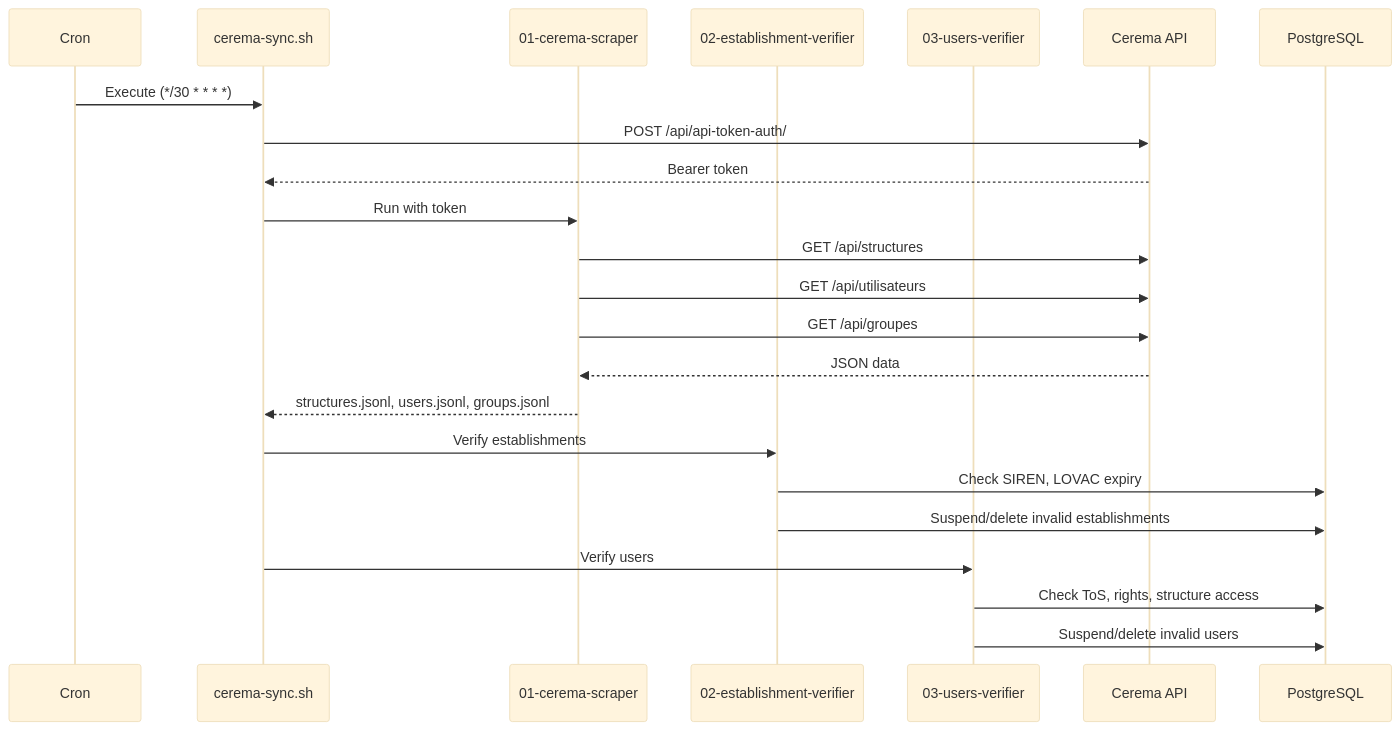
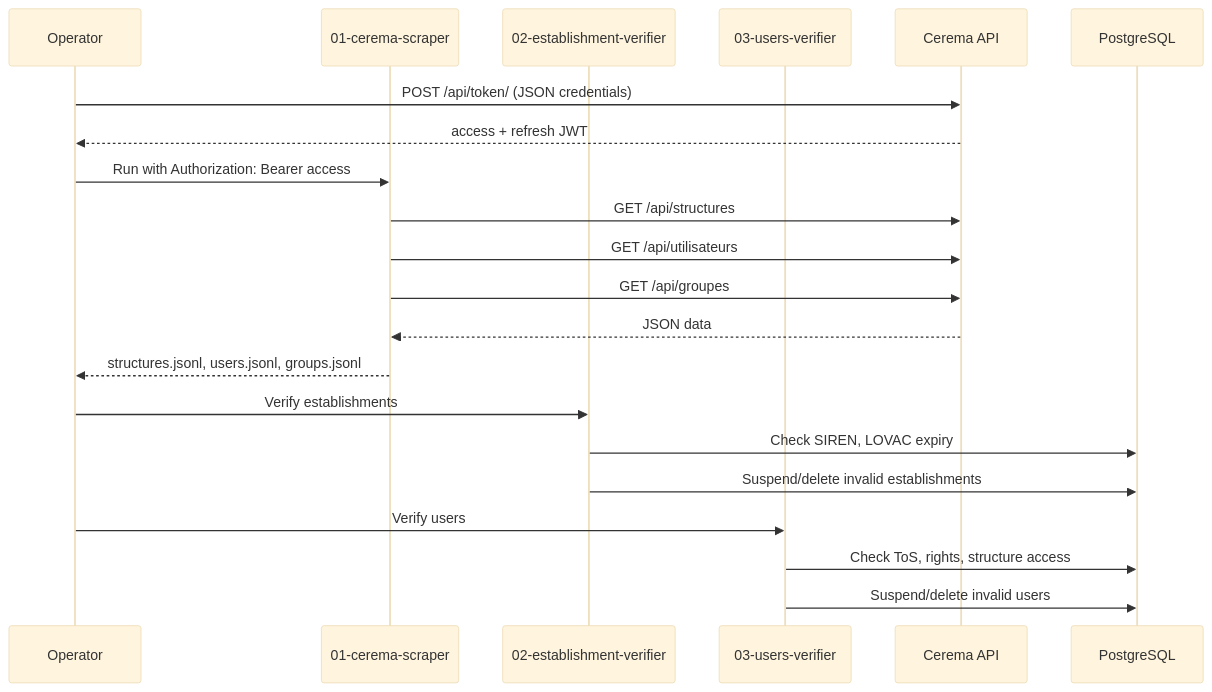
One commit to MTES-MCT/zero-logement-vacant changed the second of 2 diagrams in docs/architecture/05-scripts-architecture.md. Above: the diagram before and after it, drawn with Mermaid (base theme). The commit also changed other lines of this file and 25 other files, not shown here.

````diff
--- a/docs/architecture/05-scripts-architecture.md
+++ b/docs/architecture/05-scripts-architecture.md
@@ -84,29 +84,27 @@
 ```mermaid
 sequenceDiagram
-    participant Cron
-    participant Script as cerema-sync.sh
+    participant Operator
     participant Scraper as 01-cerema-scraper
     participant EstabVerifier as 02-establishment-verifier
     participant UserVerifier as 03-users-verifier
     participant API as Cerema API
     participant DB as PostgreSQL
 
-    Cron->>Script: Execute (*/30 * * * *)
-    Script->>API: POST /api/api-token-auth/
-    API-->>Script: Bearer token
+    Operator->>API: POST /api/token/ (JSON credentials)
+    API-->>Operator: access + refresh JWT
 
-    Script->>Scraper: Run with token
+    Operator->>Scraper: Run with Authorization: Bearer access
     Scraper->>API: GET /api/structures
     Scraper->>API: GET /api/utilisateurs
     Scraper->>API: GET /api/groupes
     API-->>Scraper: JSON data
-    Scraper-->>Script: structures.jsonl, users.jsonl, groups.jsonl
+    Scraper-->>Operator: structures.jsonl, users.jsonl, groups.jsonl
 
-    Script->>EstabVerifier: Verify establishments
+    Operator->>EstabVerifier: Verify establishments
     EstabVerifier->>DB: Check SIREN, LOVAC expiry
     EstabVerifier->>DB: Suspend/delete invalid establishments
 
-    Script->>UserVerifier: Verify users
+    Operator->>UserVerifier: Verify users
     UserVerifier->>DB: Check ToS, rights, structure access
     UserVerifier->>DB: Suspend/delete invalid users
 ```
````
